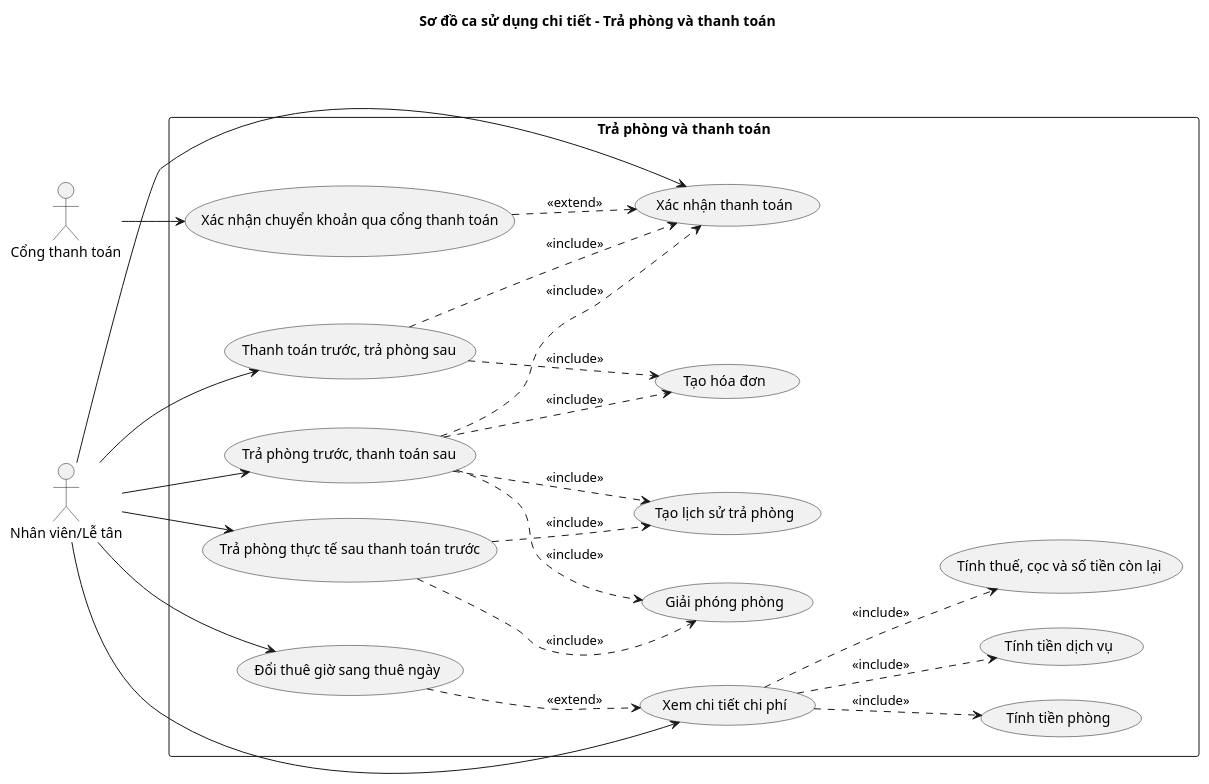
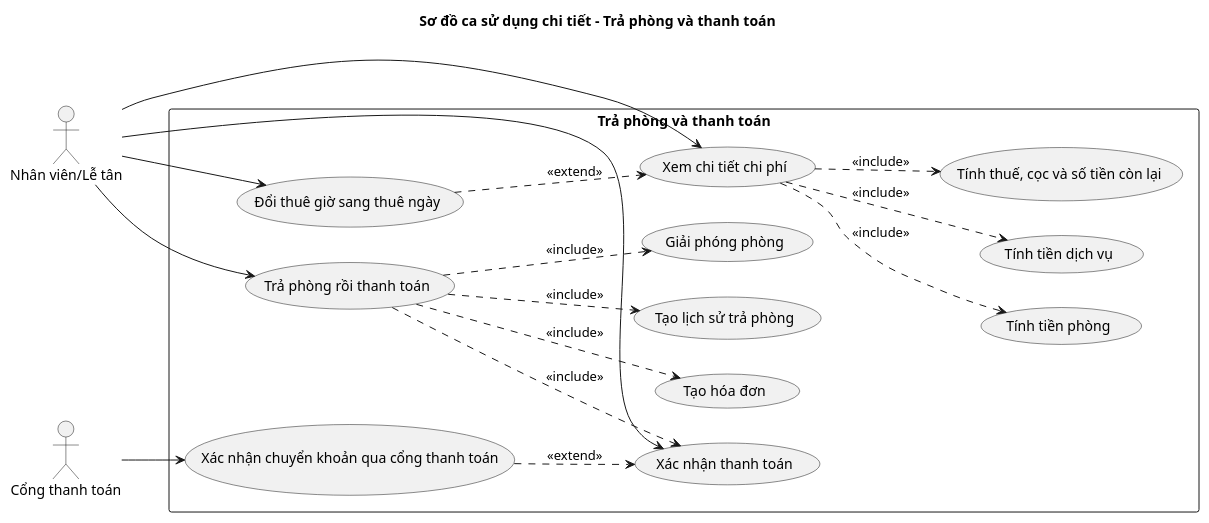
Before and after one commit to hieud3663/UHotel: the diagram in docs/uml/plantuml/usecase/UseCase_CheckOutPayment.puml, drawn with PlantUML. The commit also changed 48 other files, not shown here.

First line of the commit message:
feat(docs,ui): unify checkout flow diagrams and refresh branding visuals

```diff
--- a/docs/uml/plantuml/usecase/UseCase_CheckOutPayment.puml
+++ b/docs/uml/plantuml/usecase/UseCase_CheckOutPayment.puml
@@ -1,46 +1,38 @@
 @startuml UseCase_CheckOutPayment
 left to right direction
 skinparam shadowing false
 title Sơ đồ ca sử dụng chi tiết - Trả phòng và thanh toán
 
 actor "Nhân viên/Lễ tân" as Staff
 actor "Cổng thanh toán" as Gateway
 
 rectangle "Trả phòng và thanh toán" {
   usecase "Xem chi tiết chi phí" as UC_Details
   usecase "Tính tiền phòng" as UC_RoomFee
   usecase "Tính tiền dịch vụ" as UC_ServiceFee
   usecase "Tính thuế, cọc và số tiền còn lại" as UC_Total
   usecase "Đổi thuê giờ sang thuê ngày" as UC_Convert
-  usecase "Trả phòng trước, thanh toán sau" as UC_CheckoutThenPay
-  usecase "Thanh toán trước, trả phòng sau" as UC_PayThenCheckout
+  usecase "Trả phòng rồi thanh toán" as UC_CheckoutThenPay
   usecase "Xác nhận thanh toán" as UC_Confirm
   usecase "Xác nhận chuyển khoản qua cổng thanh toán" as UC_Webhook
-  usecase "Trả phòng thực tế sau thanh toán trước" as UC_ActualCheckout
   usecase "Tạo hóa đơn" as UC_Invoice
   usecase "Tạo lịch sử trả phòng" as UC_History
   usecase "Giải phóng phòng" as UC_FreeRoom
 }
 
 Staff --> UC_Details
 Staff --> UC_Convert
 Staff --> UC_CheckoutThenPay
-Staff --> UC_PayThenCheckout
 Staff --> UC_Confirm
-Staff --> UC_ActualCheckout
 Gateway --> UC_Webhook
 
 UC_Details ..> UC_RoomFee : <<include>>
 UC_Details ..> UC_ServiceFee : <<include>>
 UC_Details ..> UC_Total : <<include>>
 UC_CheckoutThenPay ..> UC_Invoice : <<include>>
 UC_CheckoutThenPay ..> UC_History : <<include>>
 UC_CheckoutThenPay ..> UC_FreeRoom : <<include>>
 UC_CheckoutThenPay ..> UC_Confirm : <<include>>
-UC_PayThenCheckout ..> UC_Invoice : <<include>>
-UC_PayThenCheckout ..> UC_Confirm : <<include>>
-UC_ActualCheckout ..> UC_History : <<include>>
-UC_ActualCheckout ..> UC_FreeRoom : <<include>>
 UC_Webhook ..> UC_Confirm : <<extend>>
 UC_Convert ..> UC_Details : <<extend>>
 @enduml
```
